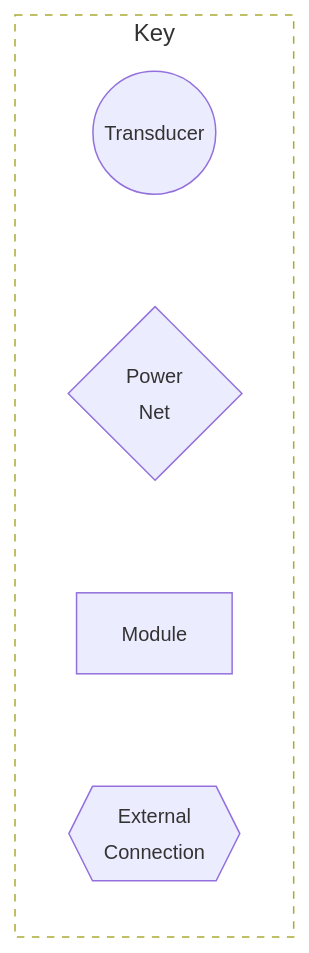
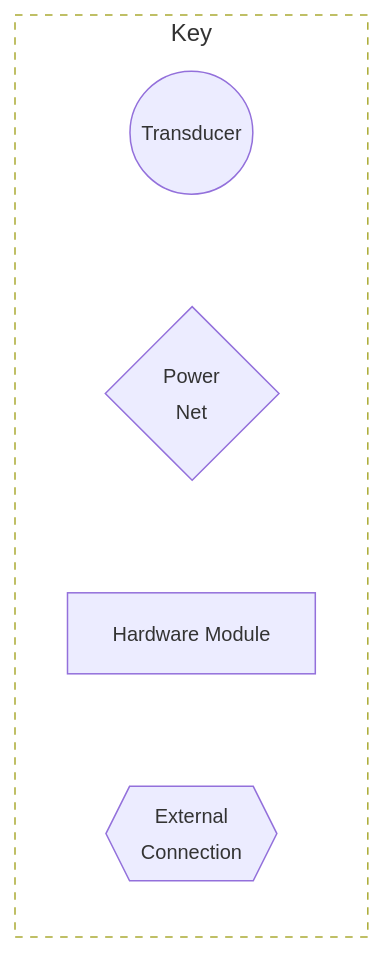
One commit to adoble/modular-audio changed the third of 3 diagrams in README.md. Above: the diagram before and after it, drawn with Mermaid. The commit also changed other lines of this file, not shown here.

Commit message:
Updated system diagram

````diff
--- a/README.md
+++ b/README.md
@@ -100,13 +100,13 @@
 ```mermaid
 graph LR;
 
 subgraph key[Key]
-    transducer((<small>Transducer<small>)) ---  pwr_net{<small>Power<br>Net<small>} --- module[<small>Module<small>] --- ext{{<small>External<br>Connection<small>}};
+    transducer((<small>Transducer<small>)) ---  pwr_net{<small>Power<br>Net<small>} --- module[<small>Hardware Module<small>] --- ext{{<small>External<br>Connection<small>}};
 end
 style key stroke-dasharray: 5 5, fill-opacity: 0;
 
 %% Render links invisible
 linkStyle 0 stroke:none
 linkStyle 1 stroke:none
 linkStyle 2 stroke:none
 ```
````
